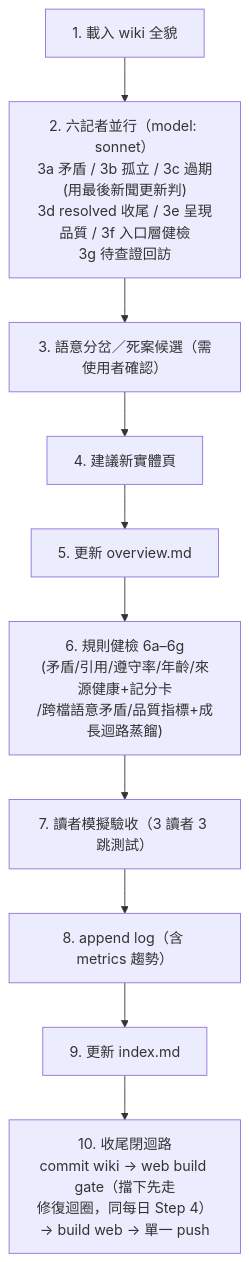
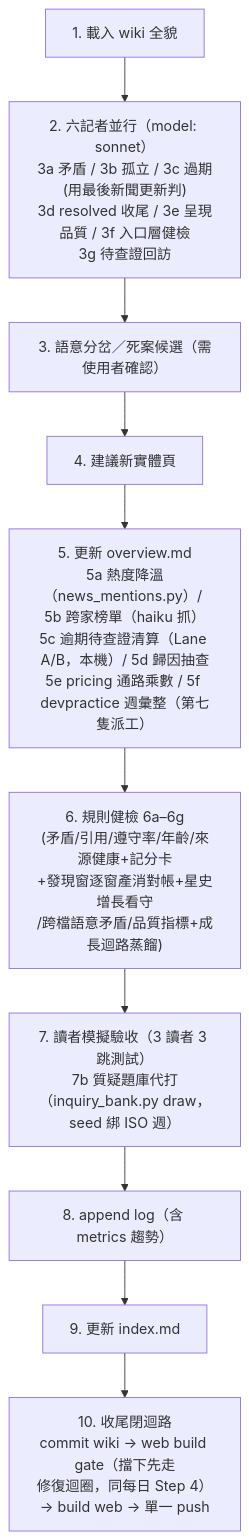
One commit to mandy82477/claude-news changed the fifth of 9 diagrams in src/DesignDocument/Design Diagram.md. Above: the diagram before and after it, drawn with Mermaid. The commit also changed other lines of this file and 2 other files, not shown here.

Commit message:
docs: 架構文件同步 GitHub 發現機制改版（A/B/C/D 窗＋E 記錄端）、devpractice 第七位記者、user-query 進料、興趣榜、append-only 自解；修正雲端班次六班→三班漂移

````diff
--- a/src/DesignDocument/Design Diagram.md
+++ b/src/DesignDocument/Design Diagram.md
@@ -188,15 +199,15 @@
 ```mermaid
 flowchart TD
     L1["1. 載入 wiki 全貌"] --> L2
     L2["2. 六記者並行（model: sonnet）\n3a 矛盾 / 3b 孤立 / 3c 過期(用最後新聞更新判)\n3d resolved 收尾 / 3e 呈現品質 / 3f 入口層健檢\n3g 待查證回訪"] --> L3
     L3["3. 語意分岔／死案候選（需使用者確認）"] --> L4
     L4["4. 建議新實體頁"] --> L5
-    L5["5. 更新 overview.md"] --> L6
-    L6["6. 規則健檢 6a–6g\n(矛盾/引用/遵守率/年齡/來源健康+記分卡\n/跨檔語意矛盾/品質指標+成長迴路蒸餾)"] --> L7
-    L7["7. 讀者模擬驗收（3 讀者 3 跳測試）"] --> L8
+    L5["5. 更新 overview.md\n5a 熱度降溫（news_mentions.py）/ 5b 跨家榜單（haiku 抓）\n5c 逾期待查證清算（Lane A/B，本機）/ 5d 歸因抽查\n5e pricing 通路乘數 / 5f devpractice 週彙整（第七隻派工）"] --> L6
+    L6["6. 規則健檢 6a–6g\n(矛盾/引用/遵守率/年齡/來源健康+記分卡\n+發現窗逐窗產消對帳+星史增長看守\n/跨檔語意矛盾/品質指標+成長迴路蒸餾)"] --> L7
+    L7["7. 讀者模擬驗收（3 讀者 3 跳測試）\n7b 質疑題庫代打（inquiry_bank.py draw，seed 綁 ISO 週）"] --> L8
     L8["8. append log（含 metrics 趨勢）"] --> L9
     L9["9. 更新 index.md"] --> L10
     L10["10. 收尾閉迴路
 commit wiki → web build gate（擋下先走
 修復迴圈，同每日 Step 4）→ build web → 單一 push"]
 ```
````
